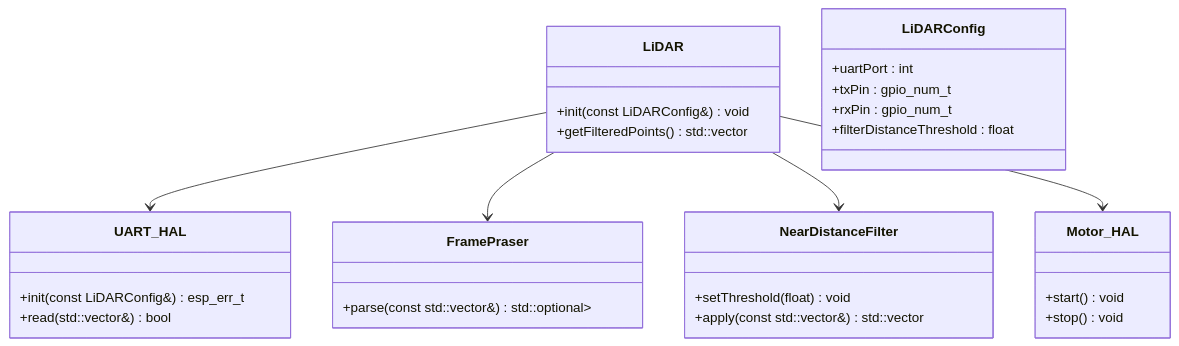
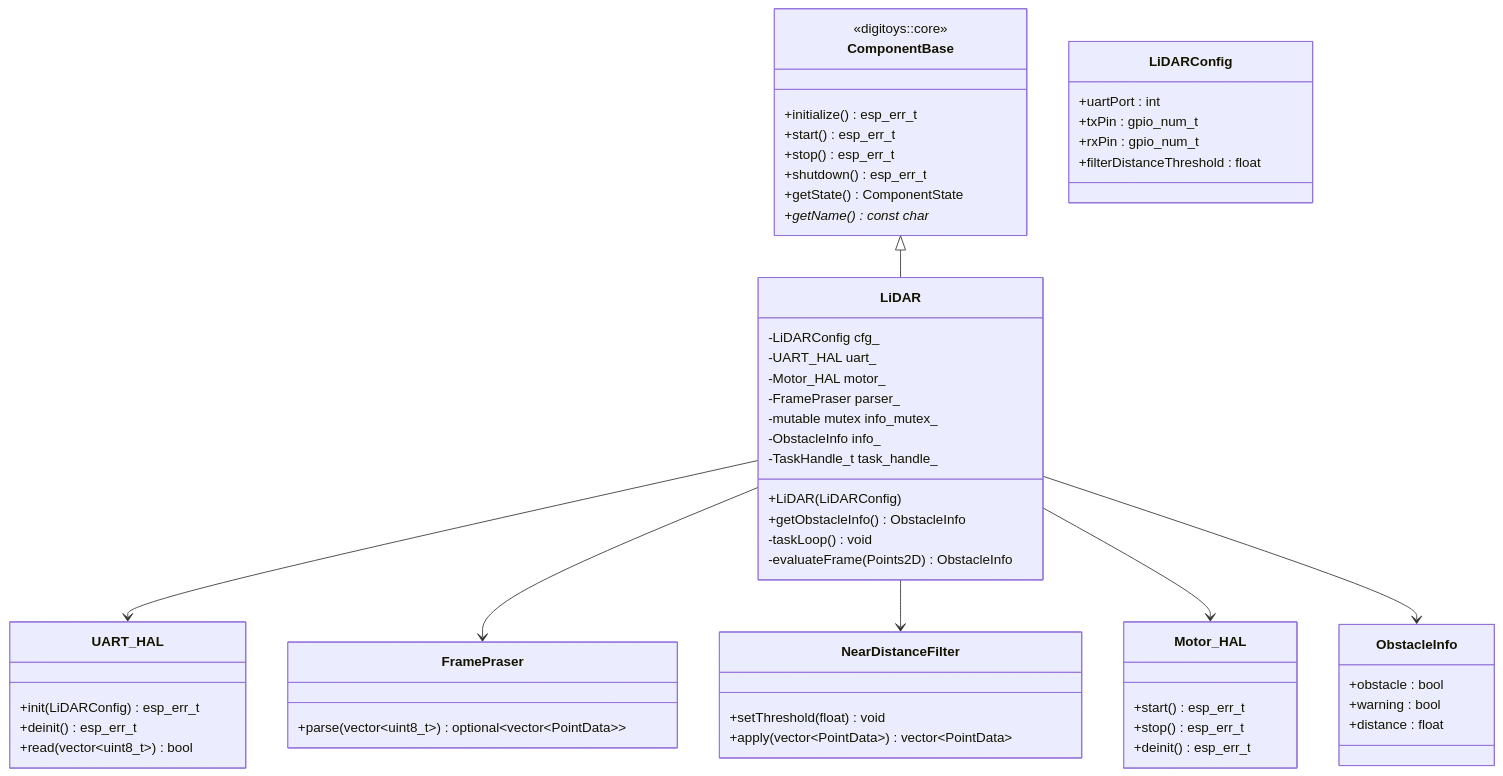
The diagram in doc/lidar-driver.md (Nowass/digitoys-firmware), drawn with Mermaid before and after one commit. The commit also changed other lines of this file and 10 other files, not shown here.

````diff
--- a/doc/lidar-driver.md
+++ b/doc/lidar-driver.md
@@ -51,38 +51,67 @@
 ```mermaid
 classDiagram
+    class ComponentBase {
+        <<digitoys::core>>
+        +initialize() esp_err_t
+        +start() esp_err_t
+        +stop() esp_err_t
+        +shutdown() esp_err_t
+        +getState() ComponentState
+        +getName() const char*
+    }
+
     class LiDAR {
-        +init(const LiDARConfig&) void
-        +getFilteredPoints() std::vector<PointData>
+        -LiDARConfig cfg_
+        -UART_HAL uart_
+        -Motor_HAL motor_
+        -FramePraser parser_
+        -mutable mutex info_mutex_
+        -ObstacleInfo info_
+        -TaskHandle_t task_handle_
+        +LiDAR(LiDARConfig)
+        +getObstacleInfo() ObstacleInfo
+        -taskLoop() void
+        -evaluateFrame(Points2D) ObstacleInfo
     }
 
     class UART_HAL {
-        +init(const LiDARConfig&) esp_err_t
-        +read(std::vector<uint8_t>&) bool
+        +init(LiDARConfig) esp_err_t
+        +deinit() esp_err_t
+        +read(vector~uint8_t~) bool
     }
 
     class FramePraser {
-        +parse(const std::vector<uint8_t>&) std::optional<std::vector<PointData>>
+        +parse(vector~uint8_t~) optional~vector~PointData~~
     }
 
     class NearDistanceFilter {
         +setThreshold(float) void
-        +apply(const std::vector<PointData>&) std::vector<PointData>
+        +apply(vector~PointData~) vector~PointData~
     }
 
     class Motor_HAL {
-        +start() void
-        +stop() void
+        +start() esp_err_t
+        +stop() esp_err_t
+        +deinit() esp_err_t
     }
 
     class LiDARConfig {
         +uartPort : int
         +txPin : gpio_num_t
         +rxPin : gpio_num_t
         +filterDistanceThreshold : float
     }
 
+    class ObstacleInfo {
+        +obstacle : bool
+        +warning : bool
+        +distance : float
+    }
+
+    ComponentBase <|-- LiDAR
     LiDAR --> UART_HAL
     LiDAR --> FramePraser
     LiDAR --> NearDistanceFilter
     LiDAR --> Motor_HAL
+    LiDAR --> ObstacleInfo
 ```
````
